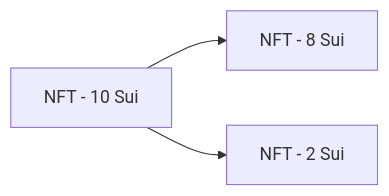
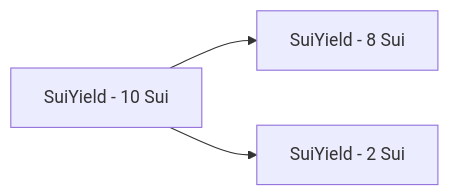
The fourth of 4 diagrams in README.md (interest-protocol/interest-lst), drawn with Mermaid before and after one commit. The commit also changed other lines of this file, not shown here.

````diff
--- a/README.md
+++ b/README.md
@@ -137,9 +137,9 @@
 ```mermaid
 
 graph LR
 
-A[NFT - 10 Sui]
+A[SuiYield - 10 Sui]
 
-A --> B[NFT - 8 Sui]
-A --> C[NFT - 2 Sui]
+A --> B[SuiYield - 8 Sui]
+A --> C[SuiYield - 2 Sui]
 ```
````
